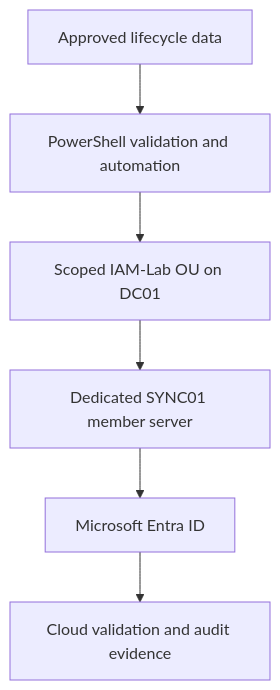
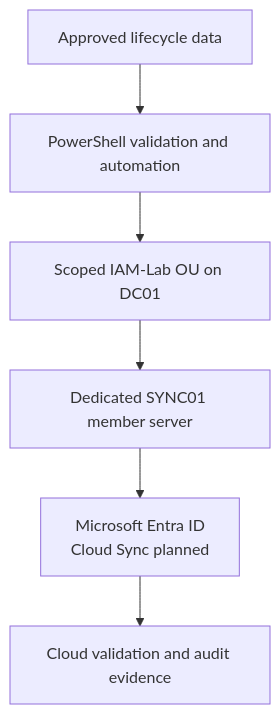
The diagram in README.md (danielbeltran26/microsoft-hybrid-identity-lifecycle-automation), drawn with Mermaid before and after one commit. The commit also changed other lines of this file and 6 other files, not shown here.

````diff
--- a/README.md
+++ b/README.md
@@ -45,8 +46,8 @@
 ```mermaid
 flowchart TD
     INPUT["Approved lifecycle data"] --> AUTO["PowerShell validation and automation"]
     AUTO --> AD["Scoped IAM-Lab OU on DC01"]
     AD --> SYNC["Dedicated SYNC01 member server"]
-    SYNC --> ENTRA["Microsoft Entra ID"]
+    SYNC --> ENTRA["Microsoft Entra ID<br/>Cloud Sync planned"]
     ENTRA --> EVIDENCE["Cloud validation and audit evidence"]
 ```
````
